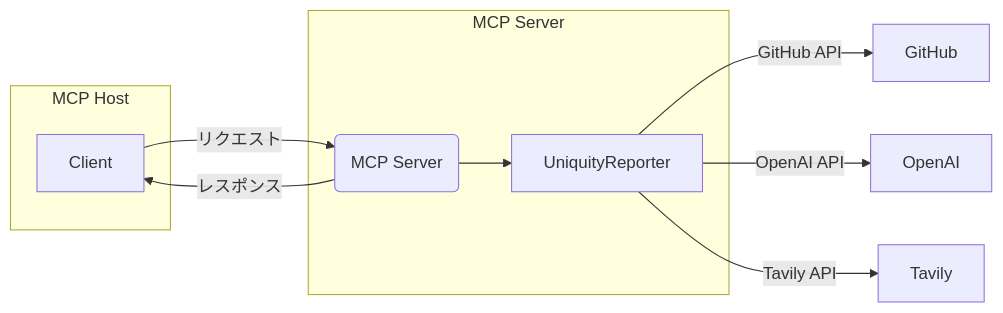
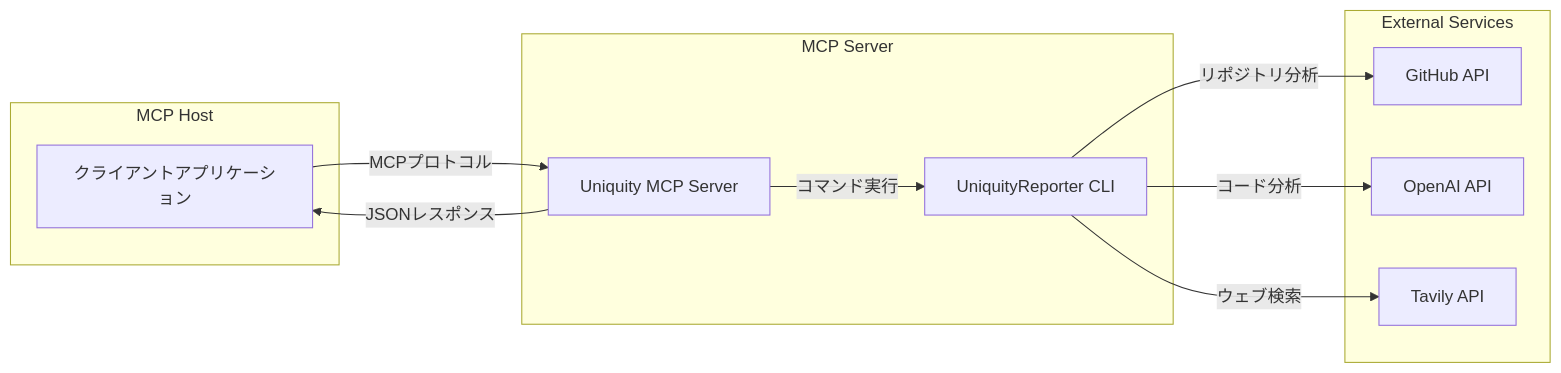
The diagram in README.md (KunihiroS/Uniquity-mcp), drawn with Mermaid before and after one commit. The commit also changed other lines of this file and 1 other file, not shown here.

First line of the commit message:
``` feat: Revise README and update logging options in MCP server

````diff
--- a/README.md
+++ b/README.md
@@ -18,15 +22,23 @@
 ```mermaid
 graph LR
     subgraph MCP Host
-        Client
-    end
-    subgraph MCP Server
-        Server(MCP Server) --> UniquityReporter
+        Client[クライアントアプリケーション]
     end
     
-    Client -- リクエスト --> Server
-    Server -- レスポンス --> Client
-    UniquityReporter -- GitHub API --> GitHub
-    UniquityReporter -- OpenAI API --> OpenAI
-    UniquityReporter -- Tavily API --> Tavily
+    subgraph MCP Server
+        Server[Uniquity MCP Server]
+        Server -->|コマンド実行| UniquityReporter[UniquityReporter CLI]
+    end
+    
+    subgraph External Services
+        GitHub[GitHub API]
+        OpenAI[OpenAI API]
+        Tavily[Tavily API]
+    end
+    
+    Client -- MCPプロトコル --> Server
+    Server -- JSONレスポンス --> Client
+    UniquityReporter -- リポジトリ分析 --> GitHub
+    UniquityReporter -- コード分析 --> OpenAI
+    UniquityReporter -- ウェブ検索 --> Tavily
 ```
````
